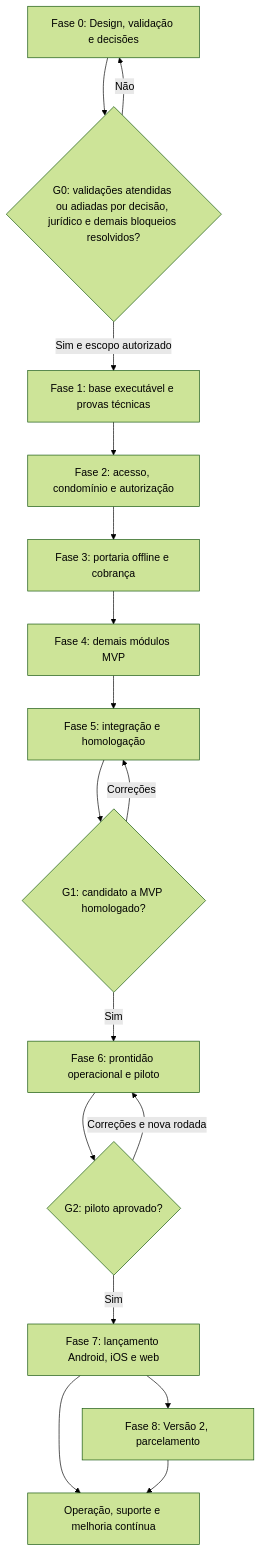
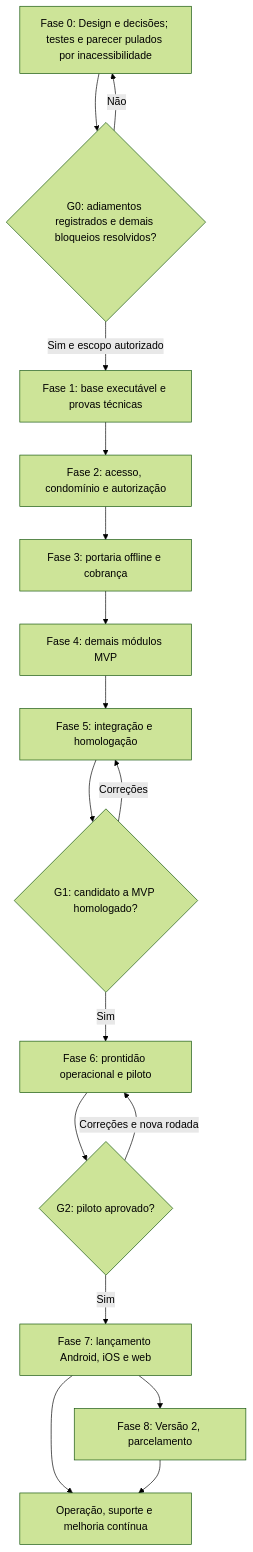
Before and after one commit to pedrolems/CondomiFacil: the diagram in docs/roadmap.md, drawn with Mermaid (forest theme). The commit also changed other lines of this file and 8 other files, not shown here.

Commit message:
docs(planejamento): registrar decisões de autogestão e atualizar roadmap

````diff
--- a/docs/roadmap.md
+++ b/docs/roadmap.md
@@ -104,19 +108,19 @@
 ```mermaid
 flowchart TD
-    A["Fase 0: Design, validação e decisões"] --> G0{"G0: validações atendidas ou adiadas por decisão, jurídico e demais bloqueios resolvidos?"}
+    A["Fase 0: Design e decisões; testes e parecer pulados por inacessibilidade"] --> G0{"G0: adiamentos registrados e demais bloqueios resolvidos?"}
     G0 -->|Não| A
     G0 -->|Sim e escopo autorizado| B["Fase 1: base executável e provas técnicas"]
     B --> C["Fase 2: acesso, condomínio e autorização"]
     C --> D["Fase 3: portaria offline e cobrança"]
     D --> E["Fase 4: demais módulos MVP"]
     E --> F["Fase 5: integração e homologação"]
     F --> G1{"G1: candidato a MVP homologado?"}
     G1 -->|Correções| F
     G1 -->|Sim| H["Fase 6: prontidão operacional e piloto"]
     H --> G2{"G2: piloto aprovado?"}
     G2 -->|Correções e nova rodada| H
     G2 -->|Sim| I["Fase 7: lançamento Android, iOS e web"]
     I --> J["Operação, suporte e melhoria contínua"]
     I --> K["Fase 8: Versão 2, parcelamento"]
     K --> J
 ```
````
